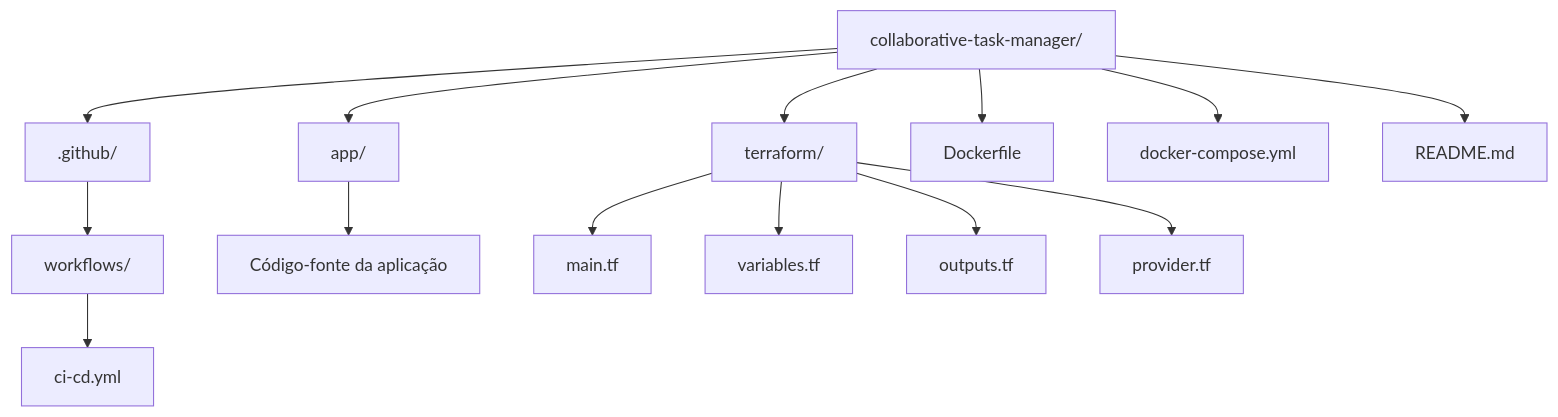
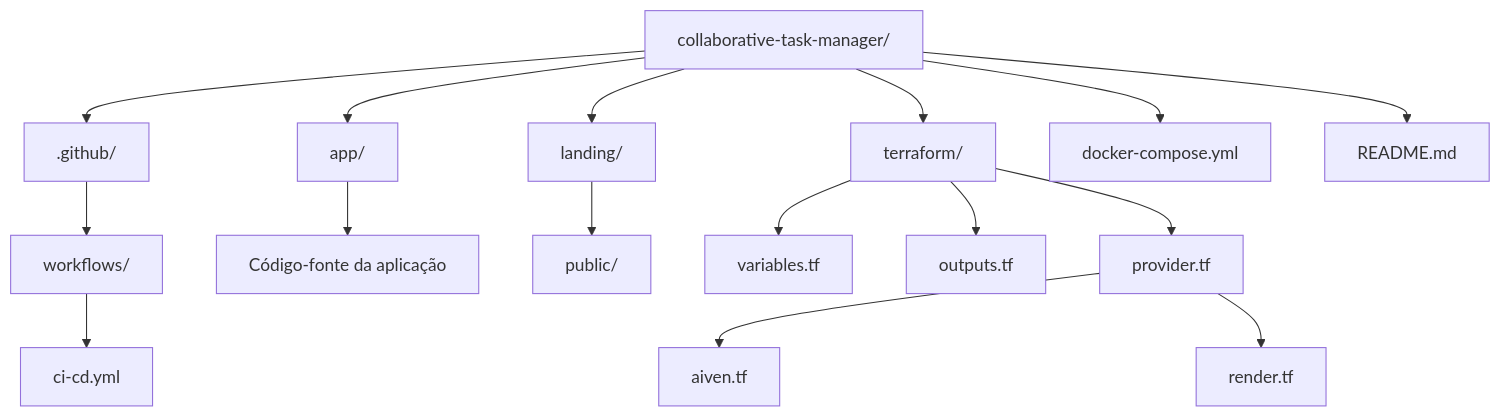
The diagram in README.md (JessiFlavours/squad-um-landingpage), drawn with Mermaid before and after one commit. The commit also changed other lines of this file and 1 other file, not shown here.

````diff
--- a/README.md
+++ b/README.md
@@ -26,21 +26,24 @@
 ```mermaid
 flowchart TD
     root["collaborative-task-manager/"]
     
     root --> github[".github/"]
     github --> workflows["workflows/"]
     workflows --> cicd["ci-cd.yml"]
     
     root --> app["app/"]
     app --> src["Código-fonte da aplicação"]
+
+    root --> landing["landing/"]
+    landing --> public["public/"]
     
     root --> terraform["terraform/"]
-    terraform --> main["main.tf"]
     terraform --> variables["variables.tf"]
     terraform --> outputs["outputs.tf"]
     terraform --> provider["provider.tf"]
+    provider --> aiven["aiven.tf"]
+    provider --> render["render.tf"]
     
-    root --> dockerfile["Dockerfile"]
     root --> compose["docker-compose.yml"]
     root --> readme["README.md"]
 ```
````
